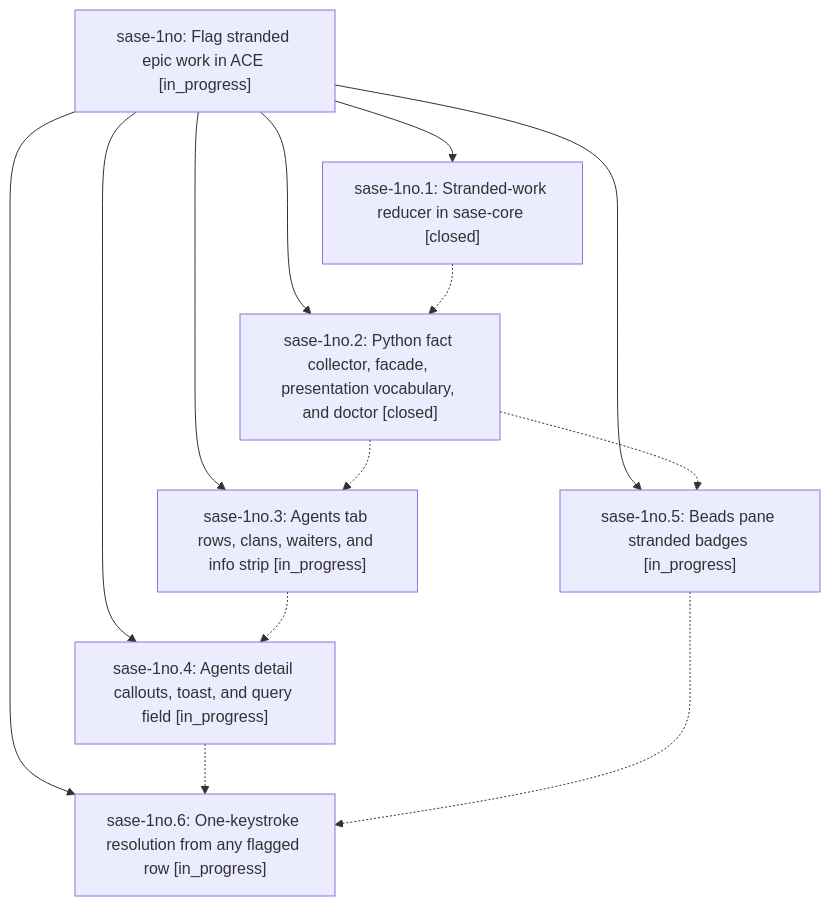
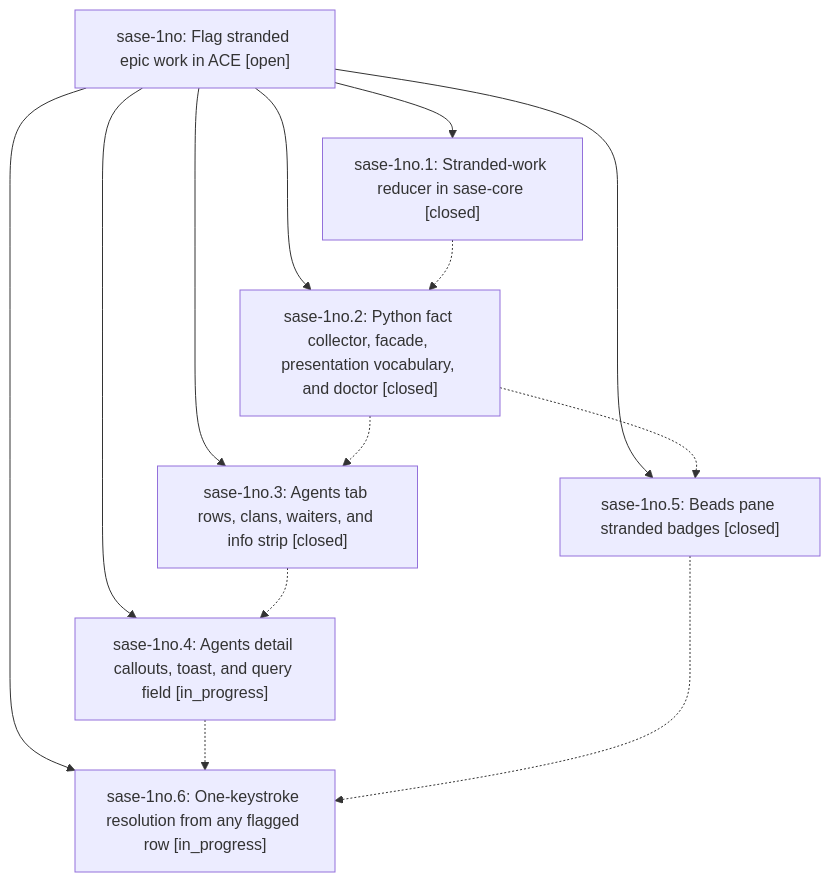
One commit to sase-org/sase--beads changed the diagram in pages/sase-1no/README.md. Above: the diagram before and after it, drawn with Mermaid. The commit also changed other lines of this file and 5 other files, not shown here.

First line of the commit message:
chore(beads): sync bead state and pages for sase-1no

````diff
--- a/pages/sase-1no/README.md
+++ b/pages/sase-1no/README.md
@@ -39,22 +45,22 @@
 ```mermaid
 flowchart TD
-    n0["sase-1no: Flag stranded epic work in ACE [in_progress]"]
+    n0["sase-1no: Flag stranded epic work in ACE [open]"]
     n1["sase-1no.1: Stranded-work reducer in sase-core [closed]"]
     n2["sase-1no.2: Python fact collector, facade, presentation vocabulary, and doctor [closed]"]
-    n3["sase-1no.3: Agents tab rows, clans, waiters, and info strip [in_progress]"]
+    n3["sase-1no.3: Agents tab rows, clans, waiters, and info strip [closed]"]
     n4["sase-1no.4: Agents detail callouts, toast, and query field [in_progress]"]
-    n5["sase-1no.5: Beads pane stranded badges [in_progress]"]
+    n5["sase-1no.5: Beads pane stranded badges [closed]"]
     n6["sase-1no.6: One-keystroke resolution from any flagged row [in_progress]"]
     n0 --> n1
     n0 --> n2
     n0 --> n3
     n0 --> n4
     n0 --> n5
     n0 --> n6
     n1 -.-> n2
     n2 -.-> n3
     n2 -.-> n5
     n3 -.-> n4
     n4 -.-> n6
     n5 -.-> n6
 ```
````
